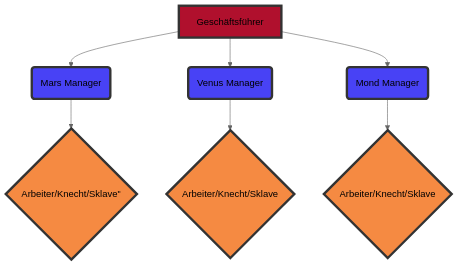
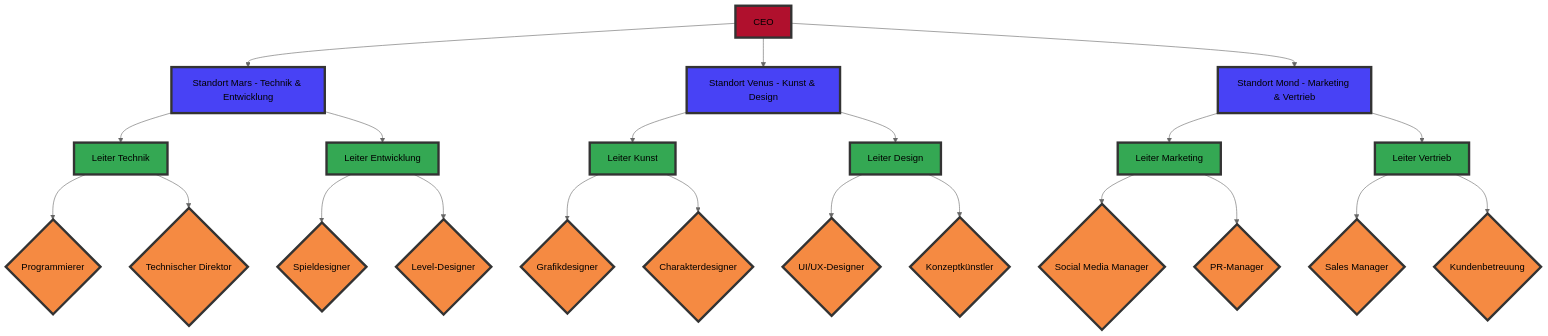
The diagram in Geltungsbereich.md (Team6IT26A/LF4), drawn with Mermaid (neutral theme) before and after one commit.

````diff
--- a/Geltungsbereich.md
+++ b/Geltungsbereich.md
@@ -4,20 +4,34 @@
 ```mermaid
 graph TB
-    A[Geschäftsführer]
-    A --> B(Mars Manager)
-    A --> C(Venus Manager)
-    A --> D(Mond Manager)
-    E{"Arbeiter/Knecht/Sklave&quot;"}
-    F{Arbeiter/Knecht/Sklave}
-    G{Arbeiter/Knecht/Sklave}
-    B --> E
-    C --> F
-    D --> G
+    A[CEO]
+    A --> B[Standort Mars - Technik & Entwicklung]
+    A --> C[Standort Venus - Kunst & Design]
+    A --> D[Standort Mond - Marketing & Vertrieb]
+    B --> B1[Leiter Technik]
+    B --> B2[Leiter Entwicklung]
+    B1 --> B1a{Programmierer}
+    B1 --> B1b{Technischer Direktor}
+    B2 --> B2a{Spieldesigner}
+    B2 --> B2b{Level-Designer}
+    C --> C1[Leiter Kunst]
+    C --> C2[Leiter Design]
+    C1 --> C1a{Grafikdesigner}
+    C1 --> C1b{Charakterdesigner}
+    C2 --> C2a{UI/UX-Designer}
+    C2 --> C2b{Konzeptkünstler}
+    D --> D1[Leiter Marketing]
+    D --> D2[Leiter Vertrieb]
+    D1 --> D1a{Social Media Manager}
+    D1 --> D1b{PR-Manager}
+    D2 --> D2a{Sales Manager}
+    D2 --> D2b{Kundenbetreuung}
 
     classDef red fill:#b0102d,stroke:#333,stroke-width:4px;
     classDef blue fill:#4842f5,stroke:#333,stroke-width:4px;
     classDef orange fill:#f58a42,stroke:#333,stroke-width:4px;
+    classDef green fill:#34a853,stroke:#333,stroke-width:4px;
     class A red
     class B,C,D blue
-    class E,F,G orange
+    class B1,B2,C1,C2,D1,D2 green
+    class B1a,B1b,B2a,B2b,C1a,C1b,C2a,C2b,D1a,D1b,D2a,D2b orange
 ```
````
